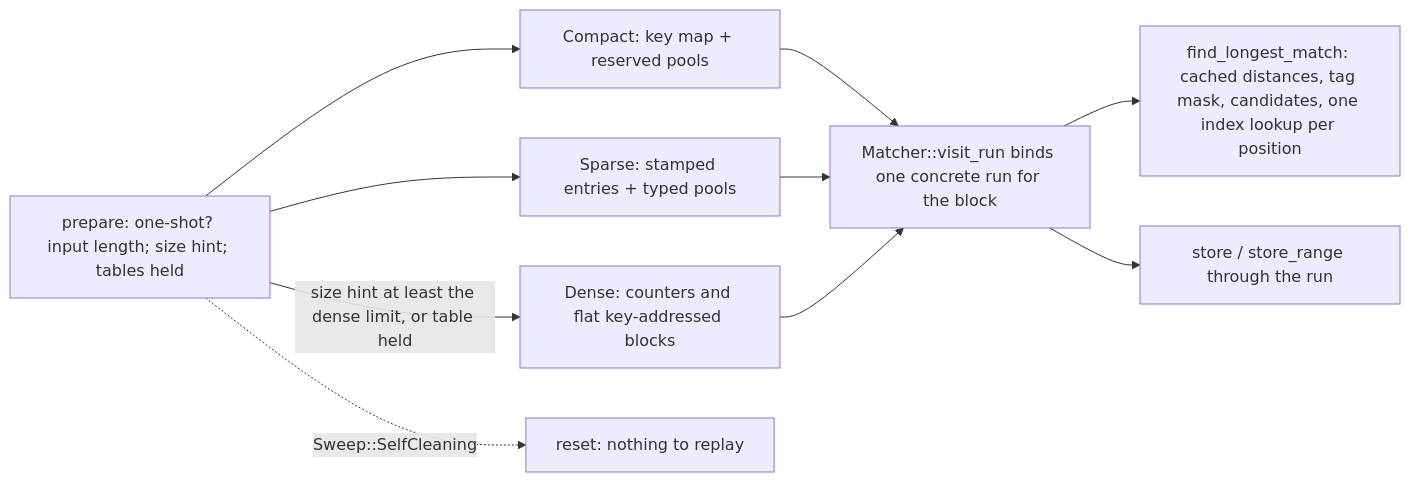
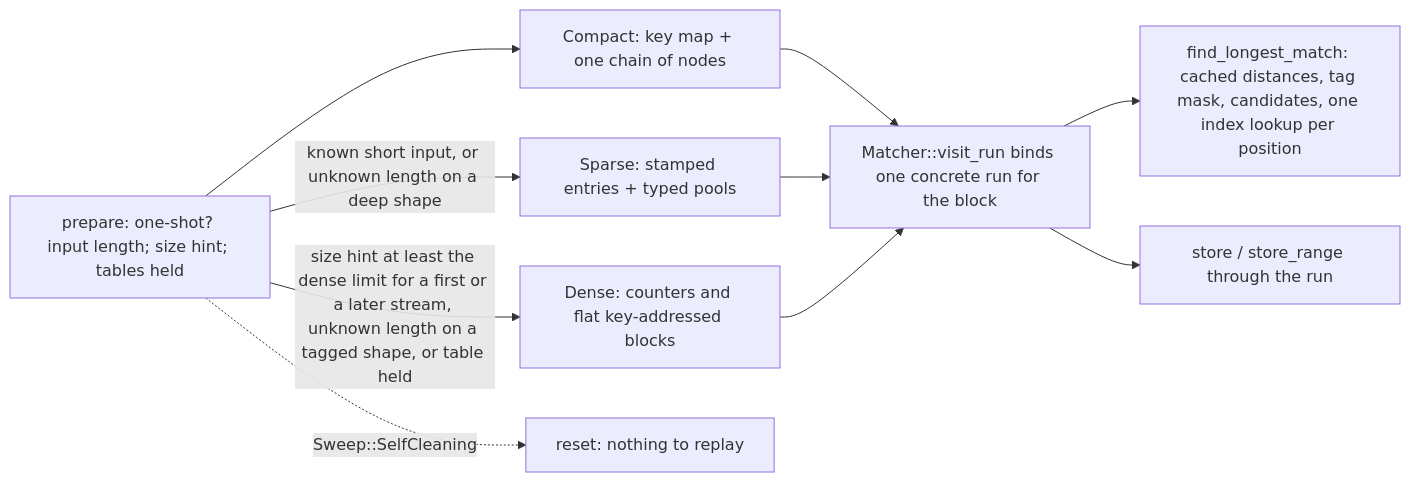
The third of 11 diagrams in architecture/greedy-encoder.md (Mnwa/mbrotli), drawn with Mermaid before and after one commit. The commit also changed other lines of this file and 24 other files, not shown here.

````diff
--- a/architecture/greedy-encoder.md
+++ b/architecture/greedy-encoder.md
@@ -284,12 +313,12 @@
 ```mermaid
 flowchart LR
-    prepare[prepare: one-shot? input length; size hint; tables held] --> compact[Compact: key map + reserved pools]
-    prepare --> sparse[Sparse: stamped entries + typed pools]
-    prepare -->|size hint at least the dense limit, or table held| dense[Dense: counters and flat key-addressed blocks]
+    prepare[prepare: one-shot? input length; size hint; tables held] --> compact[Compact: key map + one chain of nodes]
+    prepare -->|known short input, or unknown length on a deep shape| sparse[Sparse: stamped entries + typed pools]
+    prepare -->|size hint at least the dense limit for a first or a later stream, unknown length on a tagged shape, or table held| dense[Dense: counters and flat key-addressed blocks]
     compact --> run[Matcher::visit_run binds one concrete run for the block]
     sparse --> run
     dense --> run
     run --> search[find_longest_match: cached distances, tag mask, candidates, one index lookup per position]
     run --> store[store / store_range through the run]
     prepare -. Sweep::SelfCleaning .-> reset[reset: nothing to replay]
 ```
````
